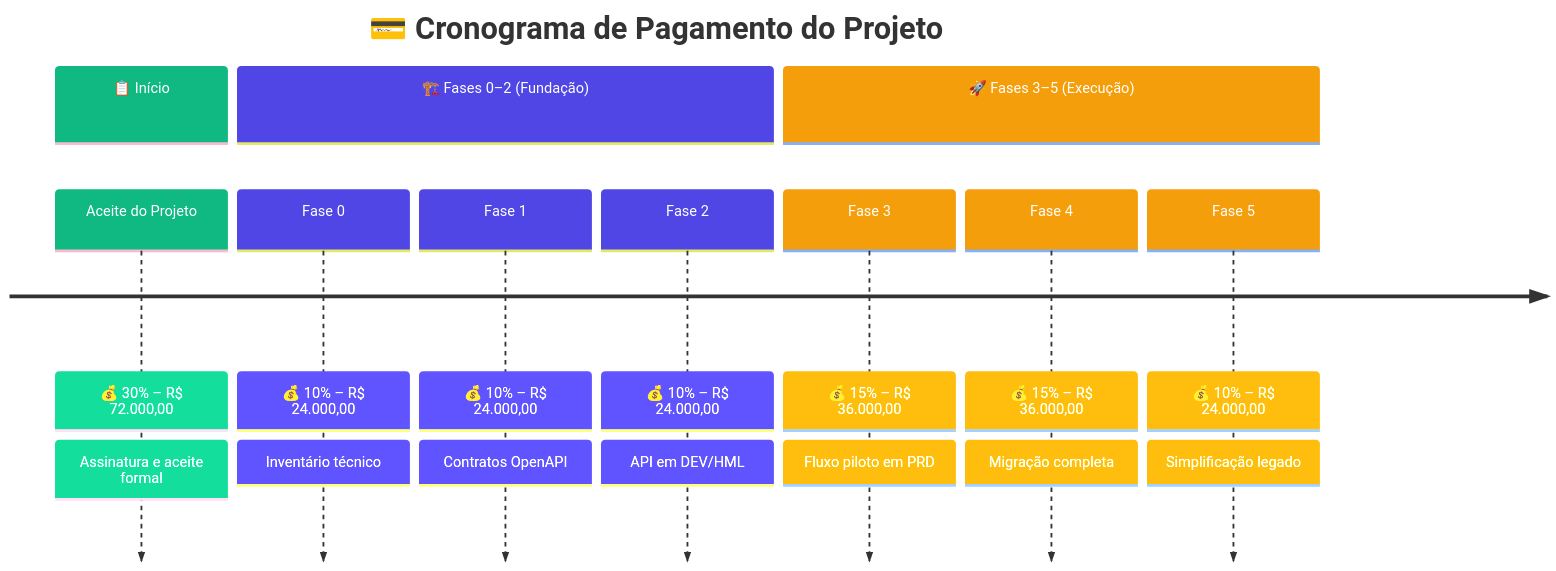
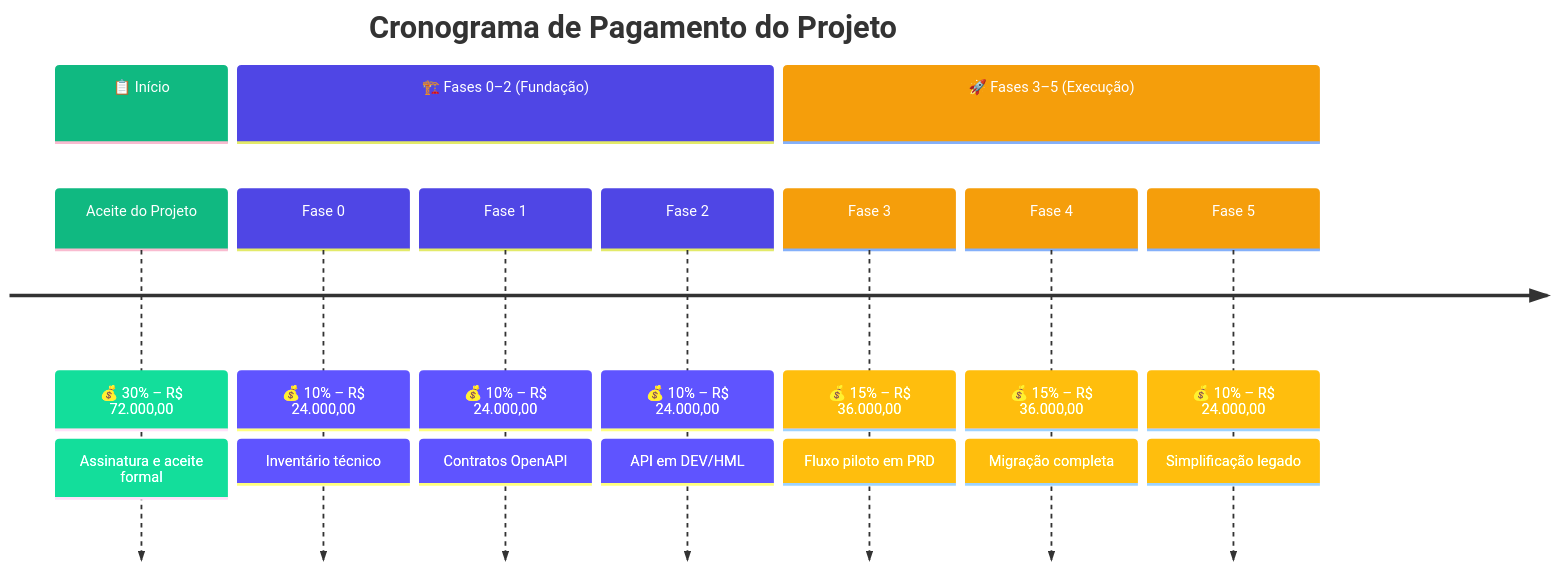
One commit to Evilazaro/Azure-LogicApps-Monitoring changed diagram 13 of 14 in docs/planoProjetoModernizacao.md. Above: the diagram before and after it, drawn with Mermaid. The commit also changed other lines of this file, not shown here.

Commit message:
docs: Enhance mermaid diagrams with improved titles and section headers for better clarity and organization

````diff
--- a/docs/planoProjetoModernizacao.md
+++ b/docs/planoProjetoModernizacao.md
@@ -2243,19 +2249,22 @@
 ```mermaid
 %%{init: { 'theme': 'base', 'themeVariables': {
     'cScale0': '#10B981', 'cScaleLabel0': '#ffffff',
     'cScale1': '#4F46E5', 'cScaleLabel1': '#ffffff',
     'cScale2': '#F59E0B', 'cScaleLabel2': '#ffffff'
 } } }%%
 timeline
-    title 💳 Cronograma de Pagamento do Projeto
+    title Cronograma de Pagamento do Projeto
+    %% ===== SEÇÃO INÍCIO =====
     section 📋 Início
         Aceite do Projeto : 💰 30% – R$ 72.000,00 : Assinatura e aceite formal
+    %% ===== SEÇÃO FUNDAÇÃO =====
     section 🏗️ Fases 0–2 (Fundação)
         Fase 0 : 💰 10% – R$ 24.000,00 : Inventário técnico
         Fase 1 : 💰 10% – R$ 24.000,00 : Contratos OpenAPI
         Fase 2 : 💰 10% – R$ 24.000,00 : API em DEV/HML
+    %% ===== SEÇÃO EXECUÇÃO =====
     section 🚀 Fases 3–5 (Execução)
         Fase 3 : 💰 15% – R$ 36.000,00 : Fluxo piloto em PRD
         Fase 4 : 💰 15% – R$ 36.000,00 : Migração completa
         Fase 5 : 💰 10% – R$ 24.000,00 : Simplificação legado
 ```
````
